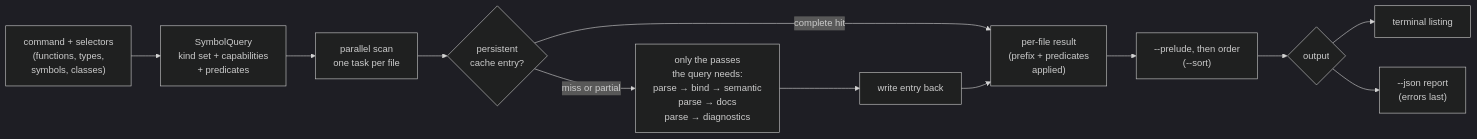
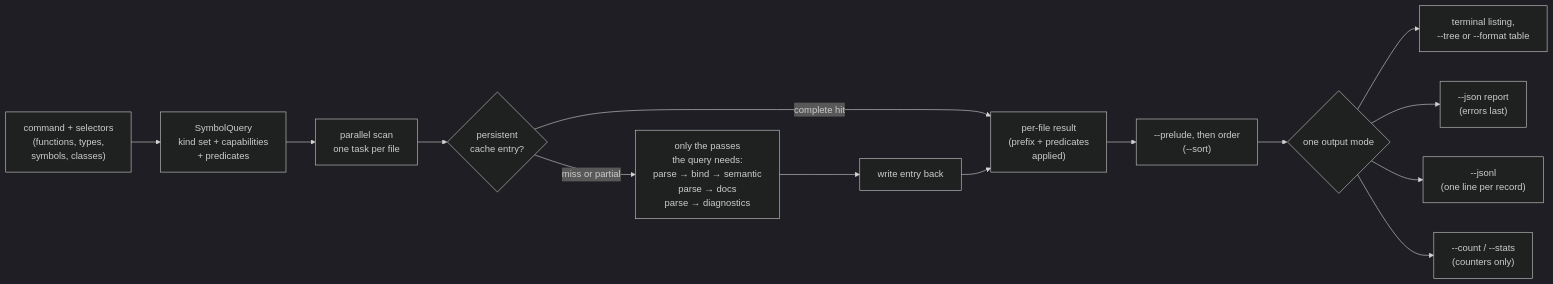
One commit to yankeeinlondon/rusty-biscuit changed the first of 2 diagrams in tree-hugger/docs/symbol-reports.md. Above: the diagram before and after it, drawn with Mermaid (dark theme). The commit also changed other lines of this file and 14 other files, not shown here.

````diff
--- a/tree-hugger/docs/symbol-reports.md
+++ b/tree-hugger/docs/symbol-reports.md
@@ -201,13 +223,15 @@
 ```mermaid
 flowchart LR
     cmd["command + selectors<br/>(functions, types,<br/>symbols, classes)"] --> query["SymbolQuery<br/>kind set + capabilities<br/>+ predicates"]
     query --> scan["parallel scan<br/>one task per file"]
     scan --> cache{"persistent<br/>cache entry?"}
     cache -- "complete hit" --> result["per-file result<br/>(prefix + predicates<br/>applied)"]
     cache -- "miss or partial" --> passes["only the passes<br/>the query needs:<br/>parse → bind → semantic<br/>parse → docs<br/>parse → diagnostics"]
     passes --> write["write entry back"] --> result
     result --> order["--prelude, then order<br/>(--sort)"]
-    order --> out{"output"}
-    out --> term["terminal listing"]
+    order --> out{"one output mode"}
+    out --> term["terminal listing,<br/>--tree or --format table"]
     out --> json["--json report<br/>(errors last)"]
+    out --> jsonl["--jsonl<br/>(one line per record)"]
+    out --> tally["--count / --stats<br/>(counters only)"]
 ```
````
